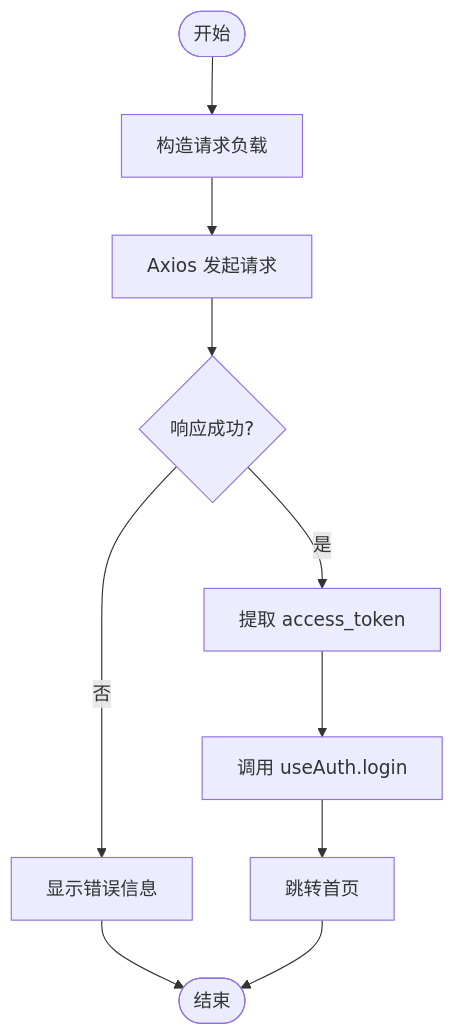
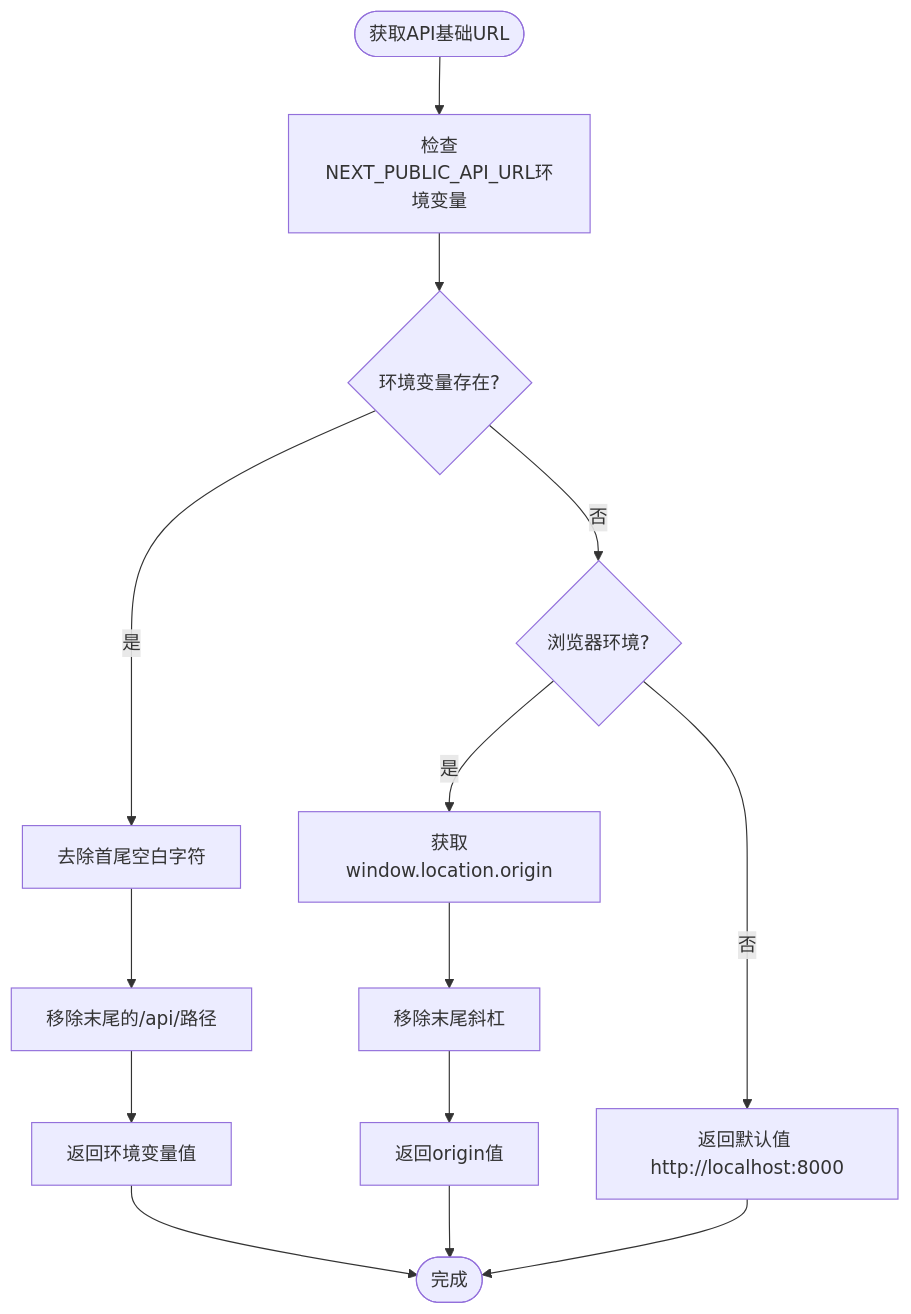
The sixth of 7 diagrams in .qoder/repowiki/zh/content/前端开发指南/前端开发指南.md (breeze-lyf/ai-stock-advisor), drawn with Mermaid before and after one commit. The commit also changed other lines of this file and 52 other files, not shown here.

````diff
--- a/.qoder/repowiki/zh/content/前端开发指南/前端开发指南.md
+++ b/.qoder/repowiki/zh/content/前端开发指南/前端开发指南.md
@@ -321,12 +313,16 @@
 ```mermaid
 flowchart TD
-Start(["开始"]) --> BuildPayload["构造请求负载"]
-BuildPayload --> SendReq["Axios 发起请求"]
-SendReq --> RespOK{"响应成功?"}
-RespOK --> |是| ExtractToken["提取 access_token"]
-ExtractToken --> Login["调用 useAuth.login"]
-Login --> RedirectHome["跳转首页"]
-RespOK --> |否| ShowError["显示错误信息"]
-ShowError --> End(["结束"])
-RedirectHome --> End
+Start(["获取API基础URL"]) --> CheckEnv["检查NEXT_PUBLIC_API_URL环境变量"]
+CheckEnv --> HasEnv{"环境变量存在?"}
+HasEnv --> |是| TrimEnv["去除首尾空白字符"]
+TrimEnv --> RemoveApiPath["移除末尾的/api/路径"]
+RemoveApiPath --> ReturnEnv["返回环境变量值"]
+HasEnv --> |否| CheckWindow{"浏览器环境?"}
+CheckWindow --> |是| GetOrigin["获取window.location.origin"]
+GetOrigin --> RemoveTrailingSlash["移除末尾斜杠"]
+RemoveTrailingSlash --> ReturnOrigin["返回origin值"]
+CheckWindow --> |否| ReturnDefault["返回默认值 http://localhost:8000"]
+ReturnEnv --> End(["完成"])
+ReturnOrigin --> End
+ReturnDefault --> End
 ```
````
